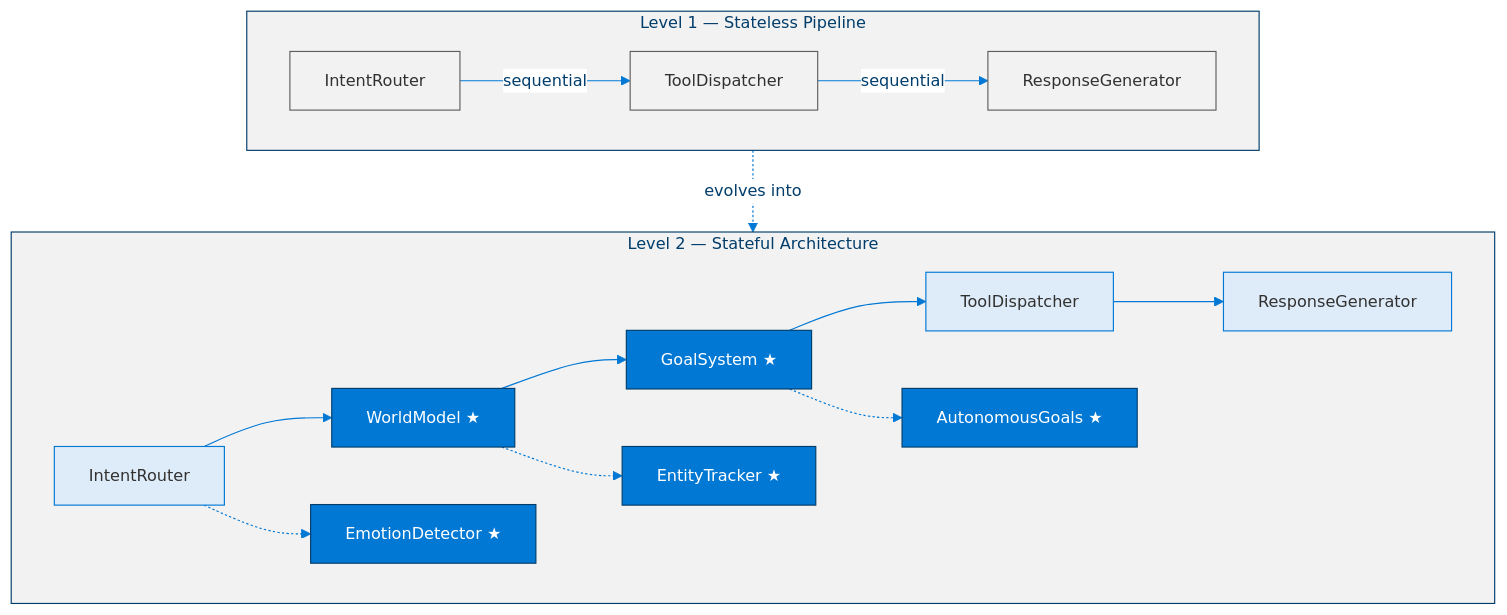
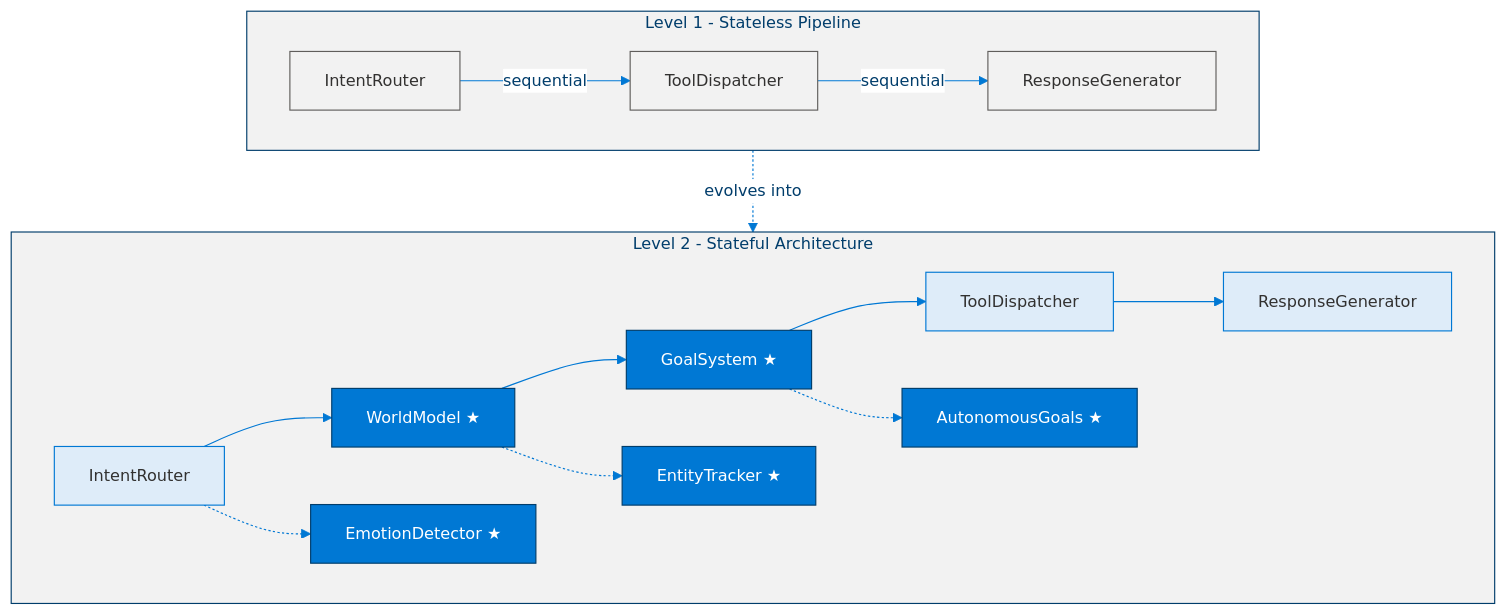
One commit to dotnetpower/mscp changed the seventh of 7 diagrams in docs/levels/Level_1_Tool_Agent.md. Above: the diagram before and after it, drawn with Mermaid. The commit also changed other lines of this file and 26 other files, not shown here.

````diff
--- a/docs/levels/Level_1_Tool_Agent.md
+++ b/docs/levels/Level_1_Tool_Agent.md
@@ -494,32 +494,32 @@
 ```mermaid
 %%{init: {'theme': 'base', 'themeVariables': {'primaryColor': '#0078D4', 'primaryTextColor': '#003D6B', 'primaryBorderColor': '#003D6B', 'secondaryColor': '#50E6FF', 'secondaryTextColor': '#323130', 'secondaryBorderColor': '#00BCF2', 'tertiaryColor': '#F2F2F2', 'tertiaryTextColor': '#323130', 'lineColor': '#0078D4', 'textColor': '#323130', 'mainBkg': '#DEECF9', 'nodeBorder': '#0078D4', 'clusterBkg': '#F2F2F2', 'clusterBorder': '#003D6B', 'titleColor': '#003D6B', 'edgeLabelBackground': '#FFFFFF', 'fontSize': '14px'}}}%%
 flowchart TD
   classDef l1Light fill:#F2F2F2,stroke:#605E5C,color:#323130
   classDef l2Light fill:#DEECF9,stroke:#0078D4,color:#323130
   classDef l2New fill:#0078D4,stroke:#003D6B,color:#FFF
 
-  subgraph L1["Level 1 — Stateless Pipeline"]
+  subgraph L1["Level 1 - Stateless Pipeline"]
     IR1["IntentRouter"]:::l1Light
     TD1["ToolDispatcher"]:::l1Light
     RG1["ResponseGenerator"]:::l1Light
     IR1 -->|"sequential"| TD1 -->|"sequential"| RG1
   end
 
-  subgraph L2["Level 2 — Stateful Architecture"]
+  subgraph L2["Level 2 - Stateful Architecture"]
     IR2["IntentRouter"]:::l2Light
     WM["WorldModel ★"]:::l2New
     GS["GoalSystem ★"]:::l2New
     TD2["ToolDispatcher"]:::l2Light
     RG2["ResponseGenerator"]:::l2Light
     IR2 --> WM --> GS --> TD2 --> RG2
 
     ED["EmotionDetector ★"]:::l2New
     ET["EntityTracker ★"]:::l2New
     AG["AutonomousGoals ★"]:::l2New
     IR2 -.-> ED
     WM -.-> ET
     GS -.-> AG
   end
 
   L1 -.->|"evolves into"| L2
 ```
````
